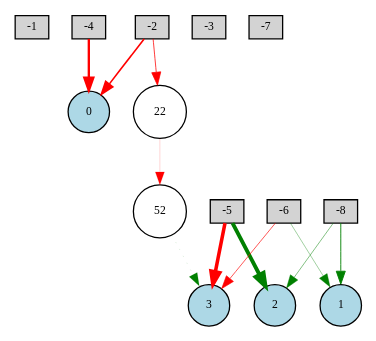
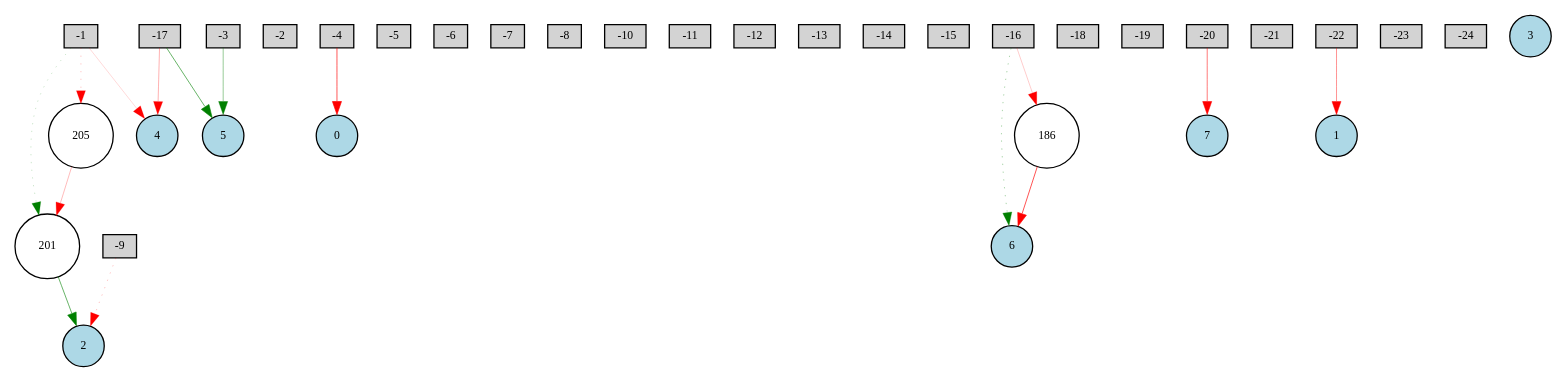
The diagram in Digraph.gv (BhargavaGowda/NEAT-GymPython), drawn with Graphviz before and after one commit. The commit also changed 18 other files, not shown here.

```diff
--- a/Digraph.gv
+++ b/Digraph.gv
@@ -1,28 +1,53 @@
 digraph {
 	node [fontsize=9 height=0.2 shape=circle width=0.2]
 	-1 [fillcolor=lightgray shape=box style=filled]
 	-2 [fillcolor=lightgray shape=box style=filled]
 	-3 [fillcolor=lightgray shape=box style=filled]
 	-4 [fillcolor=lightgray shape=box style=filled]
 	-5 [fillcolor=lightgray shape=box style=filled]
 	-6 [fillcolor=lightgray shape=box style=filled]
 	-7 [fillcolor=lightgray shape=box style=filled]
 	-8 [fillcolor=lightgray shape=box style=filled]
+	-9 [fillcolor=lightgray shape=box style=filled]
+	-10 [fillcolor=lightgray shape=box style=filled]
+	-11 [fillcolor=lightgray shape=box style=filled]
+	-12 [fillcolor=lightgray shape=box style=filled]
+	-13 [fillcolor=lightgray shape=box style=filled]
+	-14 [fillcolor=lightgray shape=box style=filled]
+	-15 [fillcolor=lightgray shape=box style=filled]
+	-16 [fillcolor=lightgray shape=box style=filled]
+	-17 [fillcolor=lightgray shape=box style=filled]
+	-18 [fillcolor=lightgray shape=box style=filled]
+	-19 [fillcolor=lightgray shape=box style=filled]
+	-20 [fillcolor=lightgray shape=box style=filled]
+	-21 [fillcolor=lightgray shape=box style=filled]
+	-22 [fillcolor=lightgray shape=box style=filled]
+	-23 [fillcolor=lightgray shape=box style=filled]
+	-24 [fillcolor=lightgray shape=box style=filled]
 	0 [fillcolor=lightblue style=filled]
 	1 [fillcolor=lightblue style=filled]
 	2 [fillcolor=lightblue style=filled]
 	3 [fillcolor=lightblue style=filled]
-	52 [fillcolor=white style=filled]
-	22 [fillcolor=white style=filled]
-	-5 -> 2 [color=green penwidth=3.0086959065571985 style=solid]
-	-5 -> 3 [color=red penwidth=2.735663305529491 style=solid]
-	-8 -> 1 [color=green penwidth=0.7110553825017236 style=solid]
-	-2 -> 22 [color=red penwidth=0.5892933871724075 style=solid]
-	-8 -> 2 [color=green penwidth=0.38281276358105676 style=solid]
-	-4 -> 0 [color=red penwidth=1.8083926740161815 style=solid]
-	22 -> 52 [color=red penwidth=0.1251470937356992 style=solid]
-	52 -> 3 [color=green penwidth=0.10352478172416713 style=dotted]
-	-2 -> 0 [color=red penwidth=1.2647181536057035 style=solid]
-	-6 -> 3 [color=red penwidth=0.5130475538918914 style=solid]
-	-6 -> 1 [color=green penwidth=0.28868921291113636 style=solid]
+	4 [fillcolor=lightblue style=filled]
+	5 [fillcolor=lightblue style=filled]
+	6 [fillcolor=lightblue style=filled]
+	7 [fillcolor=lightblue style=filled]
+	201 [fillcolor=white style=filled]
+	205 [fillcolor=white style=filled]
+	186 [fillcolor=white style=filled]
+	-1 -> 4 [color=red penwidth=0.12444482887951065 style=solid]
+	-9 -> 2 [color=red penwidth=0.19197065425193455 style=dotted]
+	-16 -> 6 [color=green penwidth=0.255761927120106 style=dotted]
+	-3 -> 5 [color=green penwidth=0.31737486688427224 style=solid]
+	-22 -> 1 [color=red penwidth=0.3324874717555075 style=solid]
+	-20 -> 7 [color=red penwidth=0.4054857221539534 style=solid]
+	-4 -> 0 [color=red penwidth=0.5050983621552952 style=solid]
+	-16 -> 186 [color=red penwidth=0.16323386802864864 style=solid]
+	186 -> 6 [color=red penwidth=0.5227468233813357 style=solid]
+	-1 -> 201 [color=green penwidth=0.16484245208161713 style=dotted]
+	201 -> 2 [color=green penwidth=0.46114207082236935 style=solid]
+	-17 -> 5 [color=green penwidth=0.4601854077192802 style=solid]
+	-1 -> 205 [color=red penwidth=0.16957905179936145 style=dotted]
+	205 -> 201 [color=red penwidth=0.2057421272644519 style=solid]
+	-17 -> 4 [color=red penwidth=0.2370783250787479 style=solid]
 }
```
